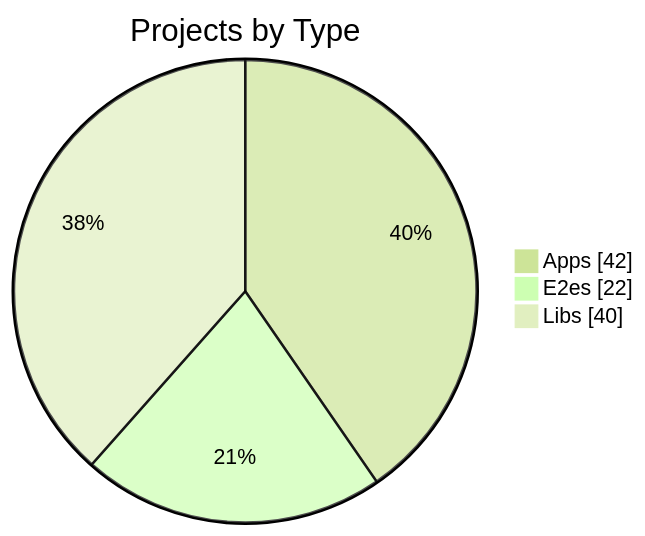
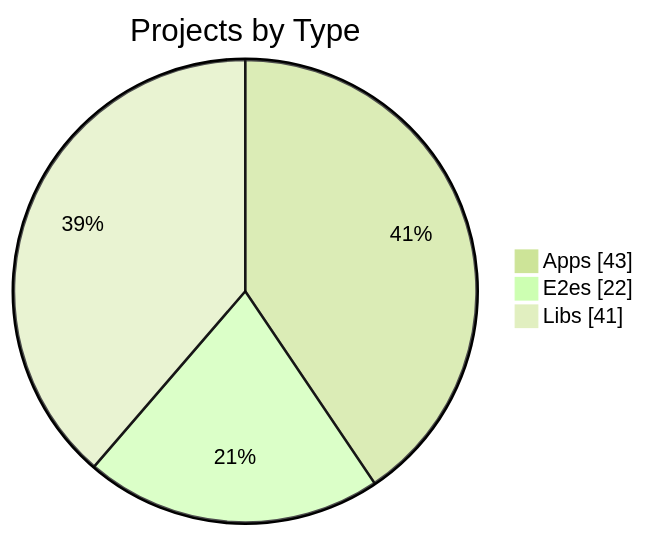
One commit to KBVE/kbve changed the first of 3 diagrams in apps/kbve/astro-kbve/src/content/docs/dashboard/graph.mdx. Above: the diagram before and after it, drawn with Mermaid (forest theme). The commit also changed other lines of this file and 8 other files, not shown here.

````diff
--- a/apps/kbve/astro-kbve/src/content/docs/dashboard/graph.mdx
+++ b/apps/kbve/astro-kbve/src/content/docs/dashboard/graph.mdx
@@ -56,7 +56,7 @@
 ```mermaid
 pie showData
     title Projects by Type
-    "Apps" : 42
+    "Apps" : 43
     "E2es" : 22
-    "Libs" : 40
+    "Libs" : 41
 ```
````
